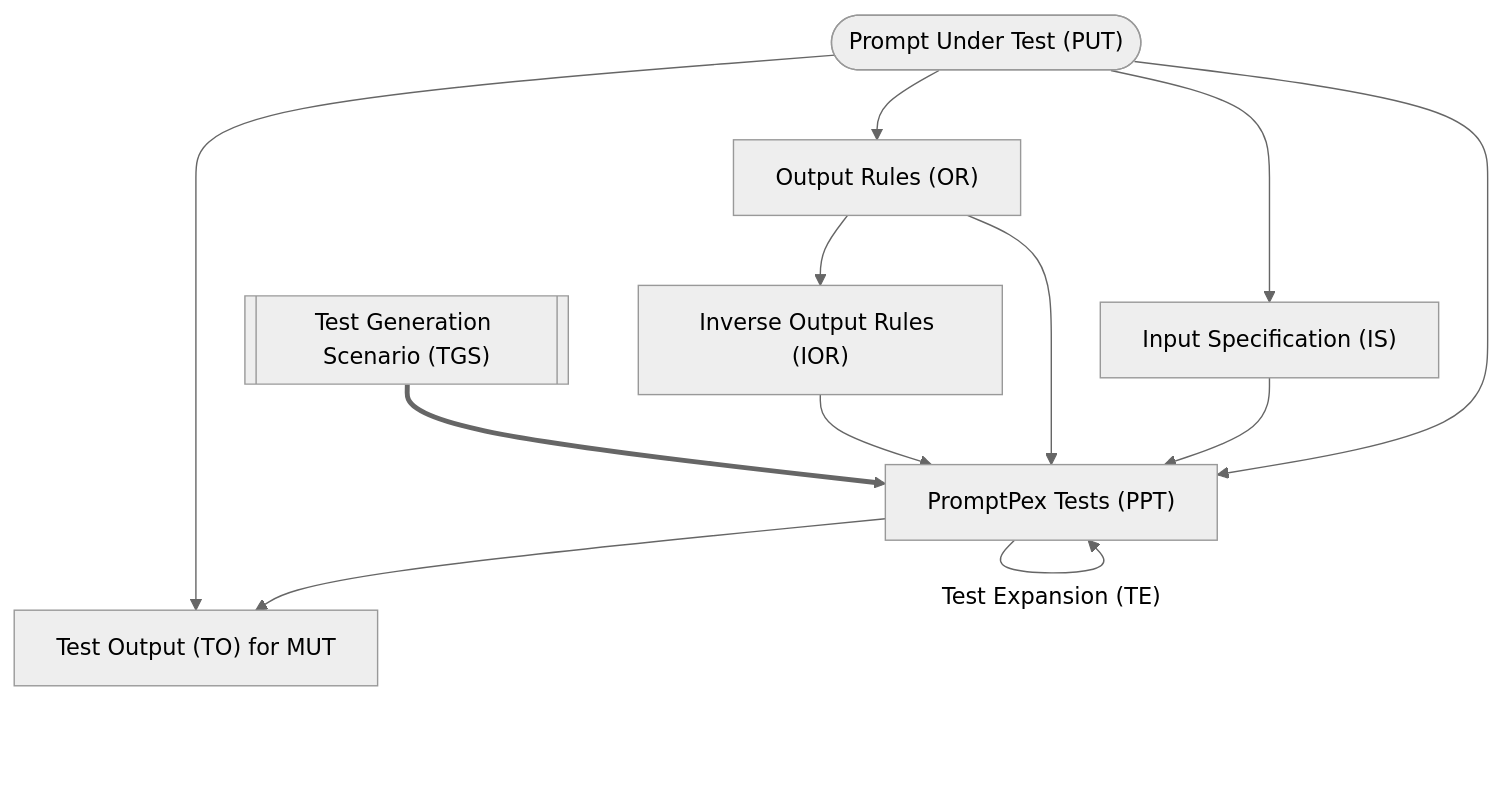
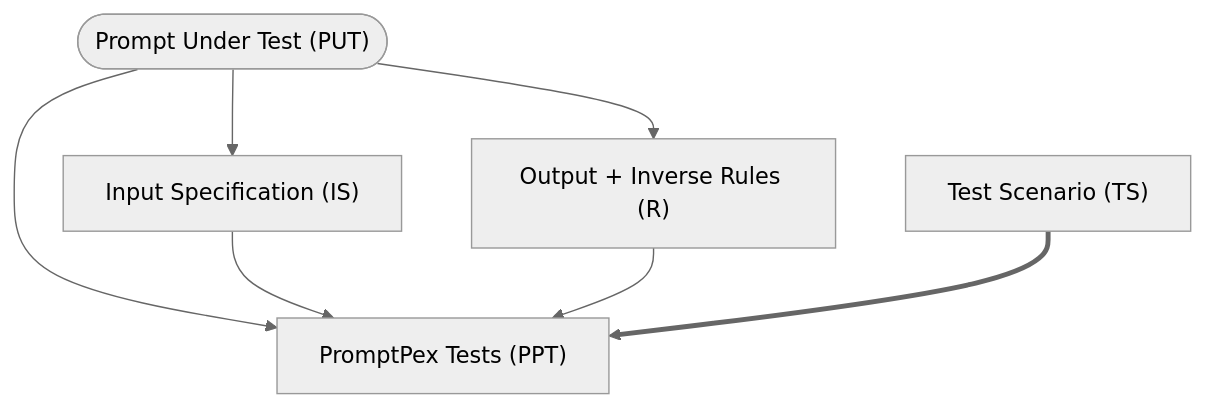
One commit to microsoft/promptpex changed the diagram in docs/src/content/docs/reference/scenarios.md. Above: the diagram before and after it, drawn with Mermaid (neutral theme). The commit also changed other lines of this file and 8 other files, not shown here.

````diff
--- a/docs/src/content/docs/reference/scenarios.md
+++ b/docs/src/content/docs/reference/scenarios.md
@@ -10,27 +10,17 @@
 ```mermaid
 graph TD
     PUT(["Prompt Under Test (PUT)"])
     IS["Input Specification (IS)"]
-    OR["Output Rules (OR)"]
-    IOR["Inverse Output Rules (IOR)"]
+    R["Output + Inverse Rules (R)"]
     PPT["PromptPex Tests (PPT)"]
-    TO["Test Output (TO) for MUT"]
-    TGS[["Test Generation Scenario (TGS)"]]
+    TS["Test Scenario (TS)"]
 
     PUT --> IS
-
-    PUT --> OR
-    OR --> IOR
+    PUT --> R
 
     PUT --> PPT
     IS --> PPT
-    OR --> PPT
-    IOR --> PPT
-
-    PPT -->|"Test Expansion (TE)"| PPT
-
-    TGS ==> PPT
-
-    PPT --> TO
-    PUT --> TO
+    R --> PPT
+    
+    TS ==> PPT
 ```
````
